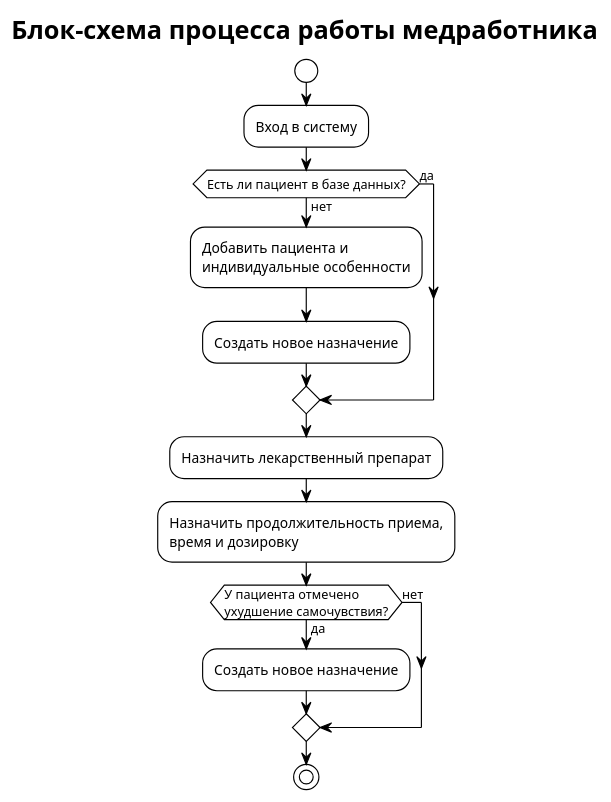
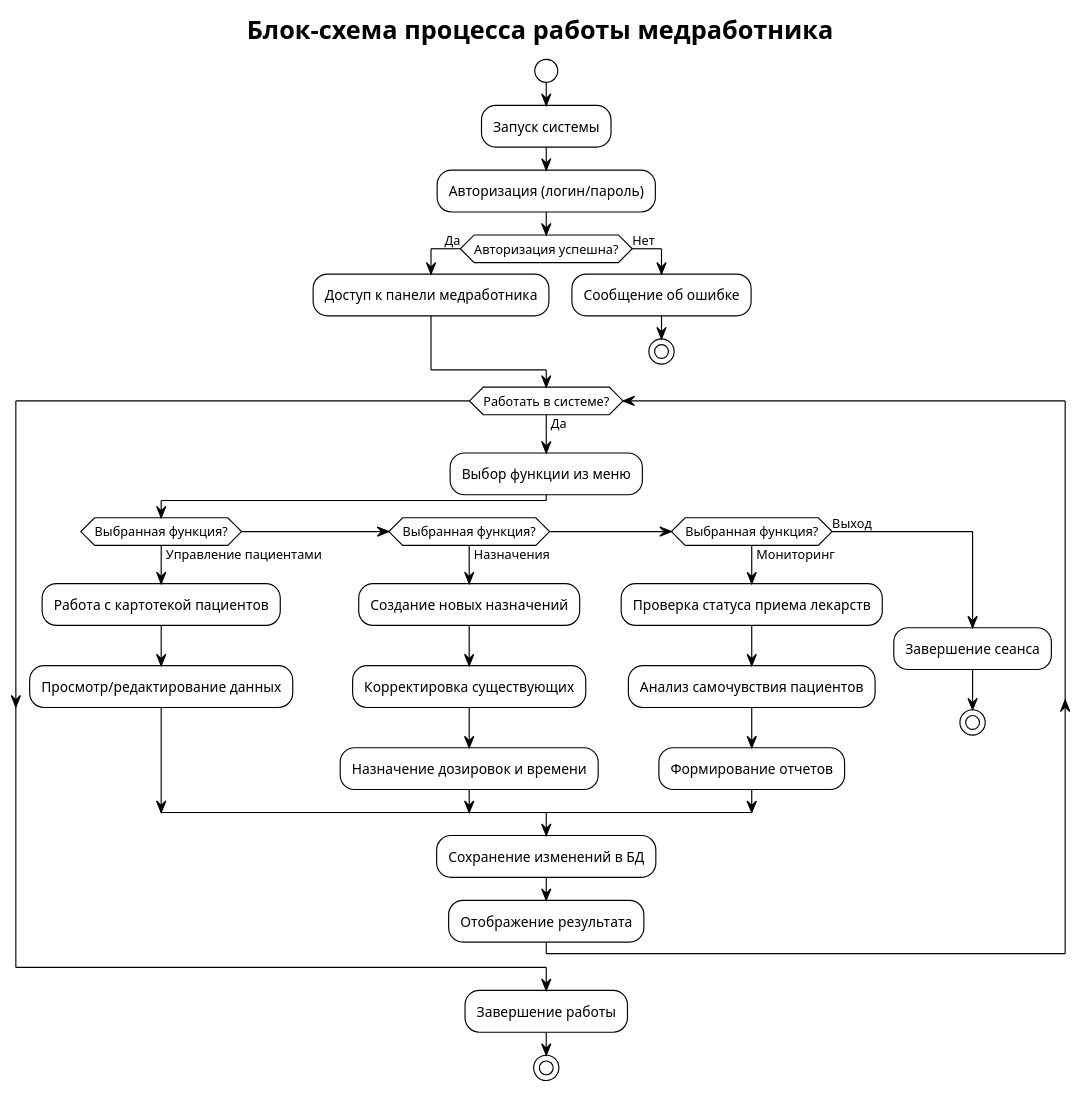
Before and after one commit to KiraRaeva/database-patient-medication-accounting-system-: the diagram in docs/diagrams/blockdiagrams.puml, drawn with PlantUML. The commit also changed other lines of this file and 7 other files, not shown here.

```diff
--- a/docs/diagrams/blockdiagrams.puml
+++ b/docs/diagrams/blockdiagrams.puml
@@ -1,25 +1,43 @@
 @startuml
 !theme plain
 
 title Блок-схема процесса работы медработника
 
 start
-:Вход в систему;
+:Запуск системы;
+:Авторизация (логин/пароль);
 
-if (Есть ли пациент в базе данных?) then (нет)
-  :Добавить пациента и\nиндивидуальные особенности;
-  :Создать новое назначение;
-else (да)
+if (Авторизация успешна?) then (Да)
+  :Доступ к панели медработника;
+else (Нет)
+  :Сообщение об ошибке;
+  stop
 endif
 
-:Назначить лекарственный препарат;
-:Назначить продолжительность приема,\nвремя и дозировку;
+while (Работать в системе?) is (Да)
+  :Выбор функции из меню;
 
-if (У пациента отмечено\nухудшение самочувствия?) then (да)
-  :Создать новое назначение;
-else (нет)
-endif
+  if (Выбранная функция?) then (Управление пациентами)
+    :Работа с картотекой пациентов;
+    :Просмотр/редактирование данных;
+  elseif (Выбранная функция?) then (Назначения)
+    :Создание новых назначений;
+    :Корректировка существующих;
+    :Назначение дозировок и времени;
+  elseif (Выбранная функция?) then (Мониторинг)
+    :Проверка статуса приема лекарств;
+    :Анализ самочувствия пациентов;
+    :Формирование отчетов;
+  else (Выход)
+    :Завершение сеанса;
+    stop
+  endif
 
+  :Сохранение изменений в БД;
+  :Отображение результата;
+endwhile
+
+:Завершение работы;
 stop
 
 @enduml
```
